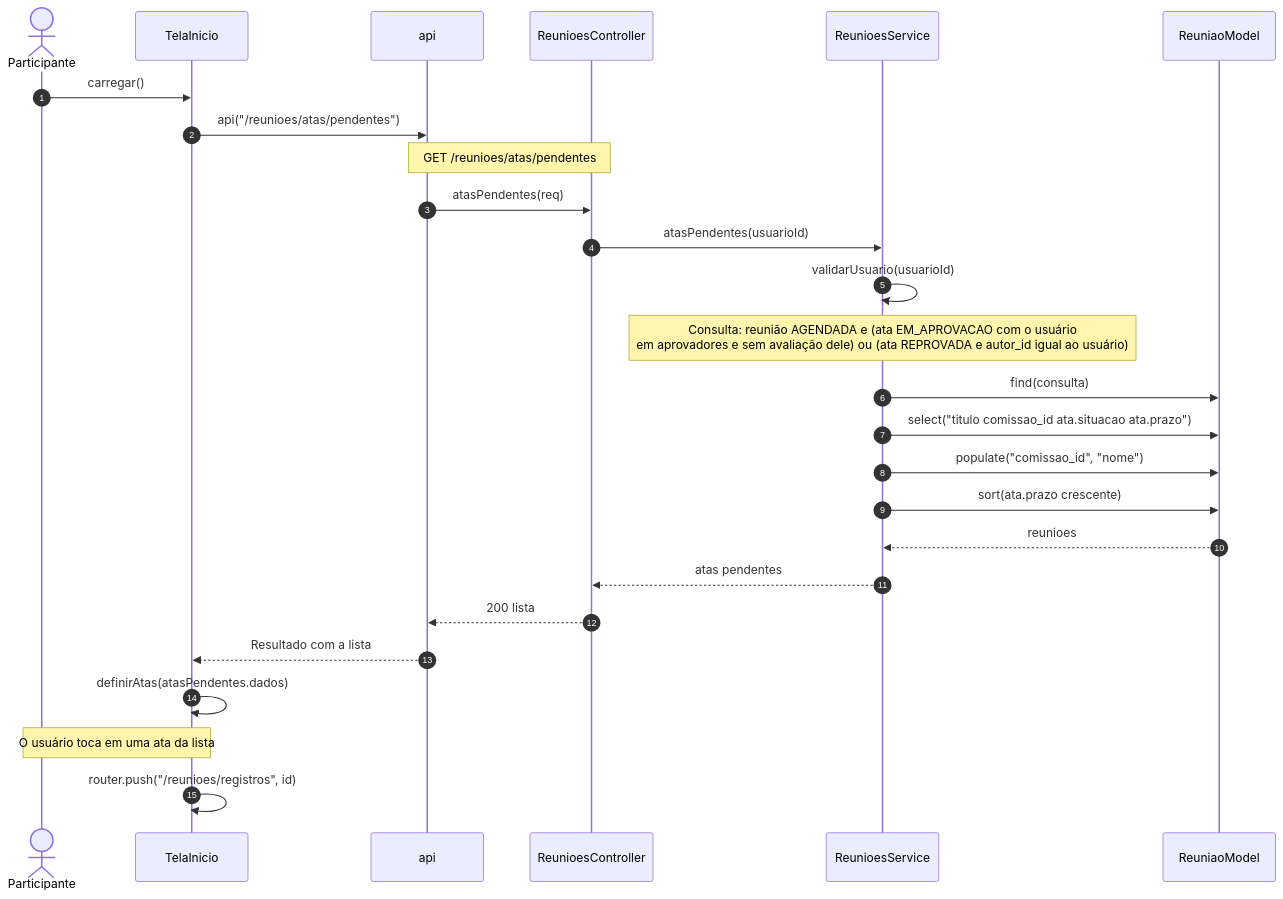
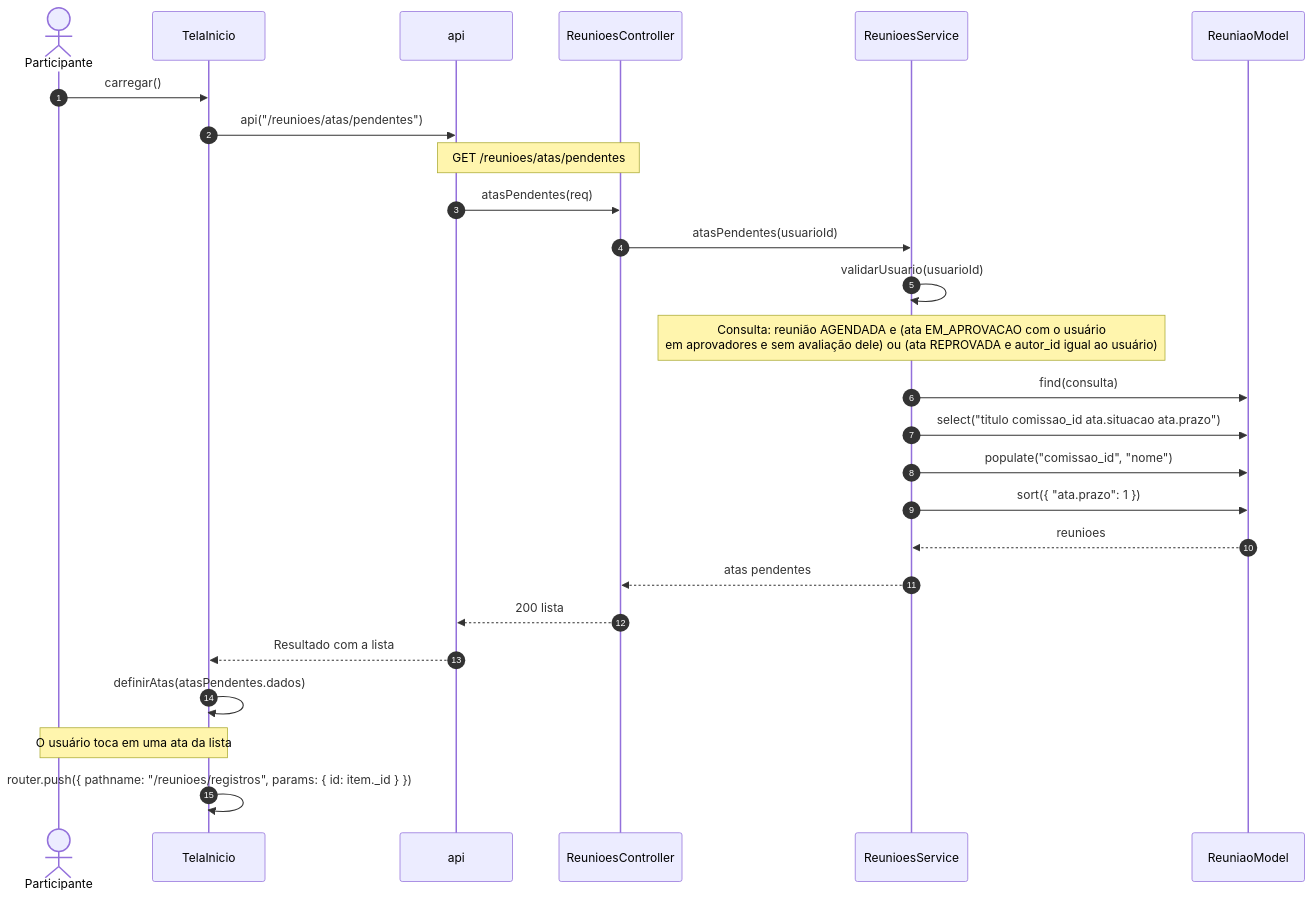
One commit to Conecta-IFSP/DOCUMENTATION changed the eighth of 9 diagrams in 4 - Incremento3/atas/6 - diagramas-sequencia-atas.md. Above: the diagram before and after it, drawn with Mermaid. The commit also changed other lines of this file, not shown here.

````diff
--- a/4 - Incremento3/atas/6 - diagramas-sequencia-atas.md
+++ b/4 - Incremento3/atas/6 - diagramas-sequencia-atas.md
@@ -287,28 +296,28 @@
 ```mermaid
 sequenceDiagram
     autonumber
     actor U as Participante
     participant T as TelaInicio
     participant A as api
     participant C as ReunioesController
     participant S as ReunioesService
     participant M as ReuniaoModel
     U->>T: carregar()
     T->>A: api("/reunioes/atas/pendentes")
     Note over A,C: GET /reunioes/atas/pendentes
     A->>C: atasPendentes(req)
     C->>S: atasPendentes(usuarioId)
     S->>S: validarUsuario(usuarioId)
     Note over S: Consulta: reunião AGENDADA e (ata EM_APROVACAO com o usuário<br/>em aprovadores e sem avaliação dele) ou (ata REPROVADA e autor_id igual ao usuário)
     S->>M: find(consulta)
     S->>M: select("titulo comissao_id ata.situacao ata.prazo")
     S->>M: populate("comissao_id", "nome")
-    S->>M: sort(ata.prazo crescente)
+    S->>M: sort({ "ata.prazo": 1 })
     M-->>S: reunioes
     S-->>C: atas pendentes
     C-->>A: 200 lista
     A-->>T: Resultado com a lista
     T->>T: definirAtas(atasPendentes.dados)
     Note over U,T: O usuário toca em uma ata da lista
-    T->>T: router.push("/reunioes/registros", id)
+    T->>T: router.push({ pathname: "/reunioes/registros", params: { id: item._id } })
 ```
````
